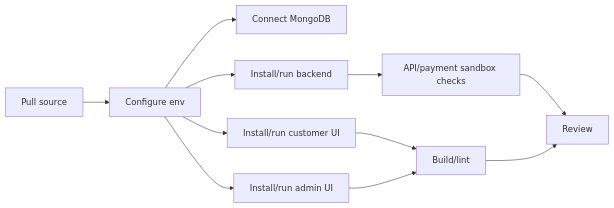
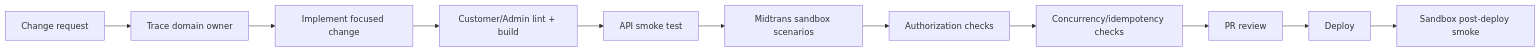
Before and after one commit to HidayahMF/kantinpintarv2: the fourth of 5 diagrams in docs/development-pipeline.md, drawn with Mermaid. The commit also changed other lines of this file, not shown here.

````diff
--- a/docs/development-pipeline.md
+++ b/docs/development-pipeline.md
@@ -70,13 +85,13 @@
 ```mermaid
 flowchart LR
-    SRC[Pull source] --> ENV[Configure env]
-    ENV --> DB[Connect MongoDB]
-    ENV --> API[Install/run backend]
-    ENV --> C[Install/run customer UI]
-    ENV --> AD[Install/run admin UI]
-    API --> TEST[API/payment sandbox checks]
-    C --> BUILD[Build/lint]
-    AD --> BUILD
-    TEST --> REVIEW[Review]
-    BUILD --> REVIEW
+    A[Change request] --> B[Trace domain owner]
+    B --> C[Implement focused change]
+    C --> D[Customer/Admin lint + build]
+    D --> E[API smoke test]
+    E --> F[Midtrans sandbox scenarios]
+    F --> G[Authorization checks]
+    G --> H[Concurrency/idempotency checks]
+    H --> I[PR review]
+    I --> J[Deploy]
+    J --> K[Sandbox post-deploy smoke]
 ```
````
